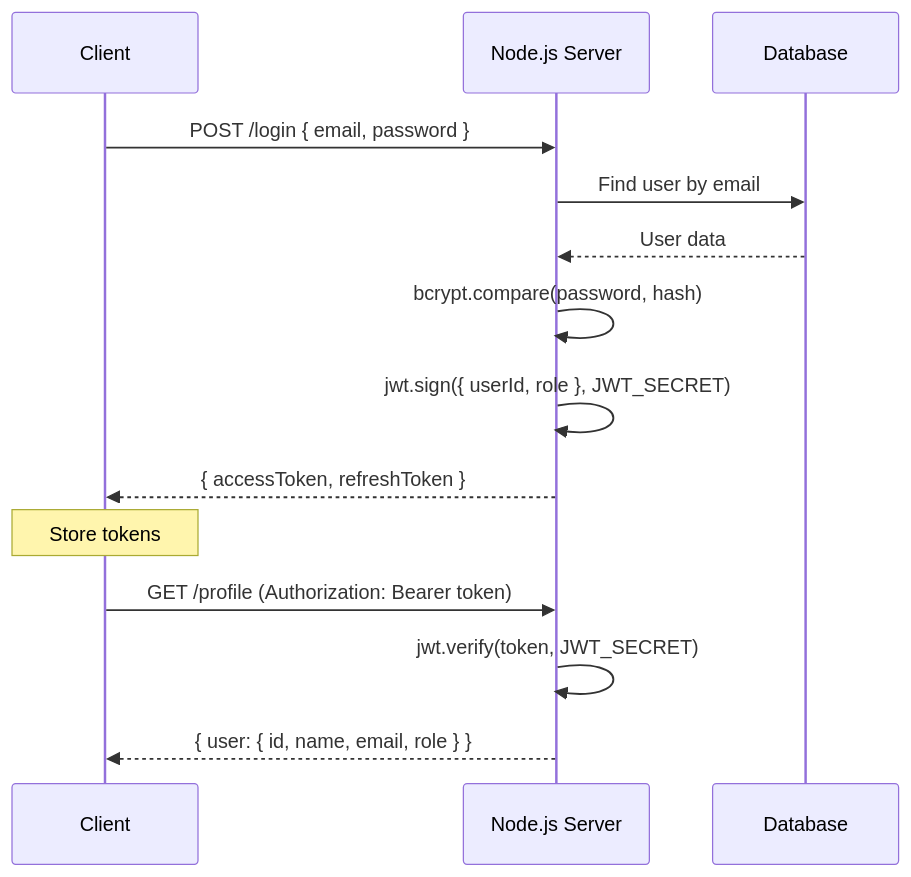
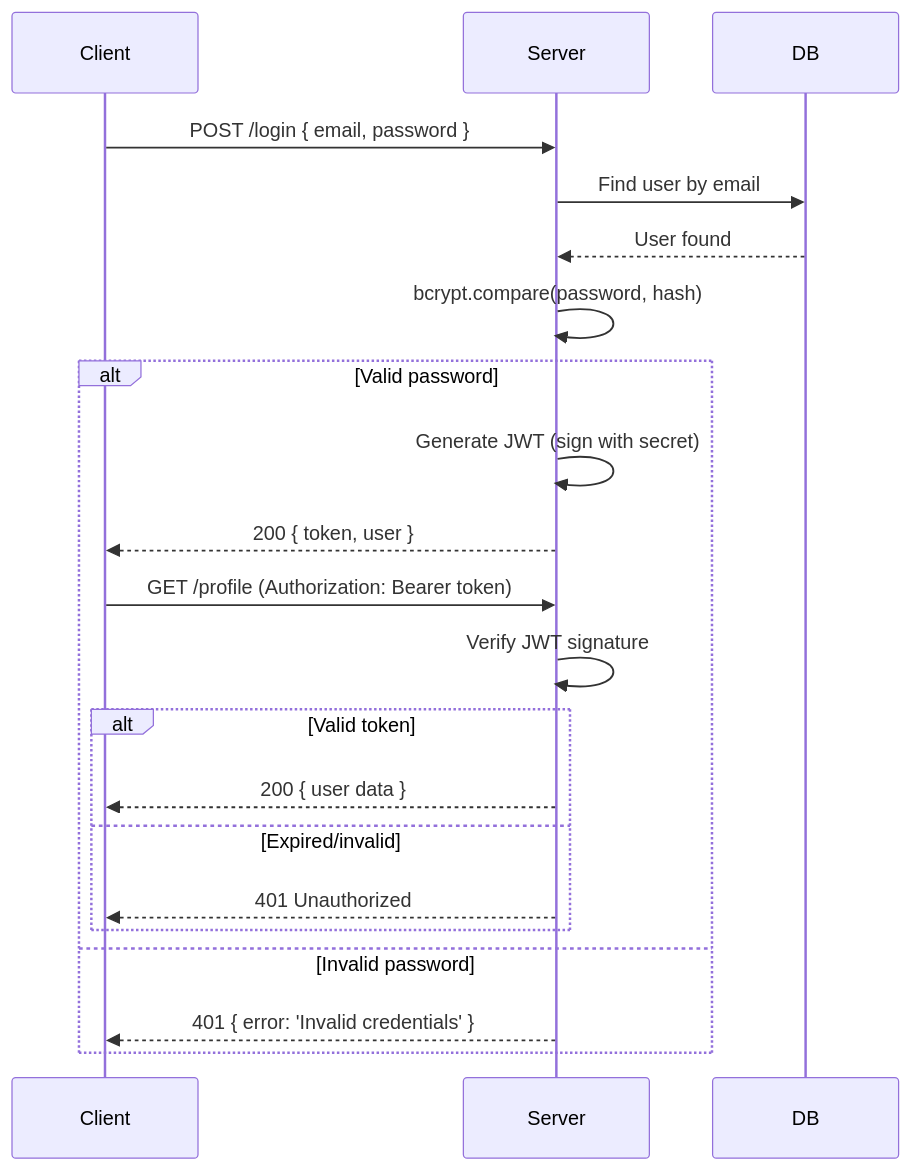
The first of 2 diagrams in dsa-docs/src/content/docs/nodejs/web/authentication-security.md (prathameshp107/Astro-Docs-Sitre), drawn with Mermaid before and after one commit. The commit also changed other lines of this file and 50 other files, not shown here.

````diff
--- a/dsa-docs/src/content/docs/nodejs/web/authentication-security.md
+++ b/dsa-docs/src/content/docs/nodejs/web/authentication-security.md
@@ -24,19 +18,25 @@
 ```mermaid
 sequenceDiagram
     participant Client
-    participant Server as Node.js Server
-    participant DB as Database
+    participant Server
+    participant DB
 
     Client->>Server: POST /login { email, password }
     Server->>DB: Find user by email
-    DB-->>Server: User data
+    DB-->>Server: User found
     Server->>Server: bcrypt.compare(password, hash)
-    Server->>Server: jwt.sign({ userId, role }, JWT_SECRET)
-    Server-->>Client: { accessToken, refreshToken }
-
-    Note over Client: Store tokens
-
-    Client->>Server: GET /profile (Authorization: Bearer token)
-    Server->>Server: jwt.verify(token, JWT_SECRET)
-    Server-->>Client: { user: { id, name, email, role } }
+    alt Valid password
+        Server->>Server: Generate JWT (sign with secret)
+        Server-->>Client: 200 { token, user }
+        
+        Client->>Server: GET /profile (Authorization: Bearer token)
+        Server->>Server: Verify JWT signature
+        alt Valid token
+            Server-->>Client: 200 { user data }
+        else Expired/invalid
+            Server-->>Client: 401 Unauthorized
+        end
+    else Invalid password
+        Server-->>Client: 401 { error: 'Invalid credentials' }
+    end
 ```
````
